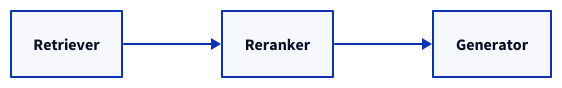
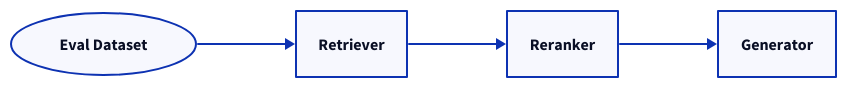
One commit to relari-ai/continuous-eval changed the diagram in docs/src/content/docs/pipeline/pipeline.md. Above: the diagram before and after it, drawn with D2. The commit also changed other lines of this file and 9 other files, not shown here.

````diff
--- a/docs/src/content/docs/pipeline/pipeline.md
+++ b/docs/src/content/docs/pipeline/pipeline.md
@@ -22,4 +22,7 @@
 ```d2
 direction: right
+Dataset: Eval Dataset
+Dataset.shape: oval
+Dataset -> Retriever
 Retriever -> Reranker -> Generator
 ```
````
